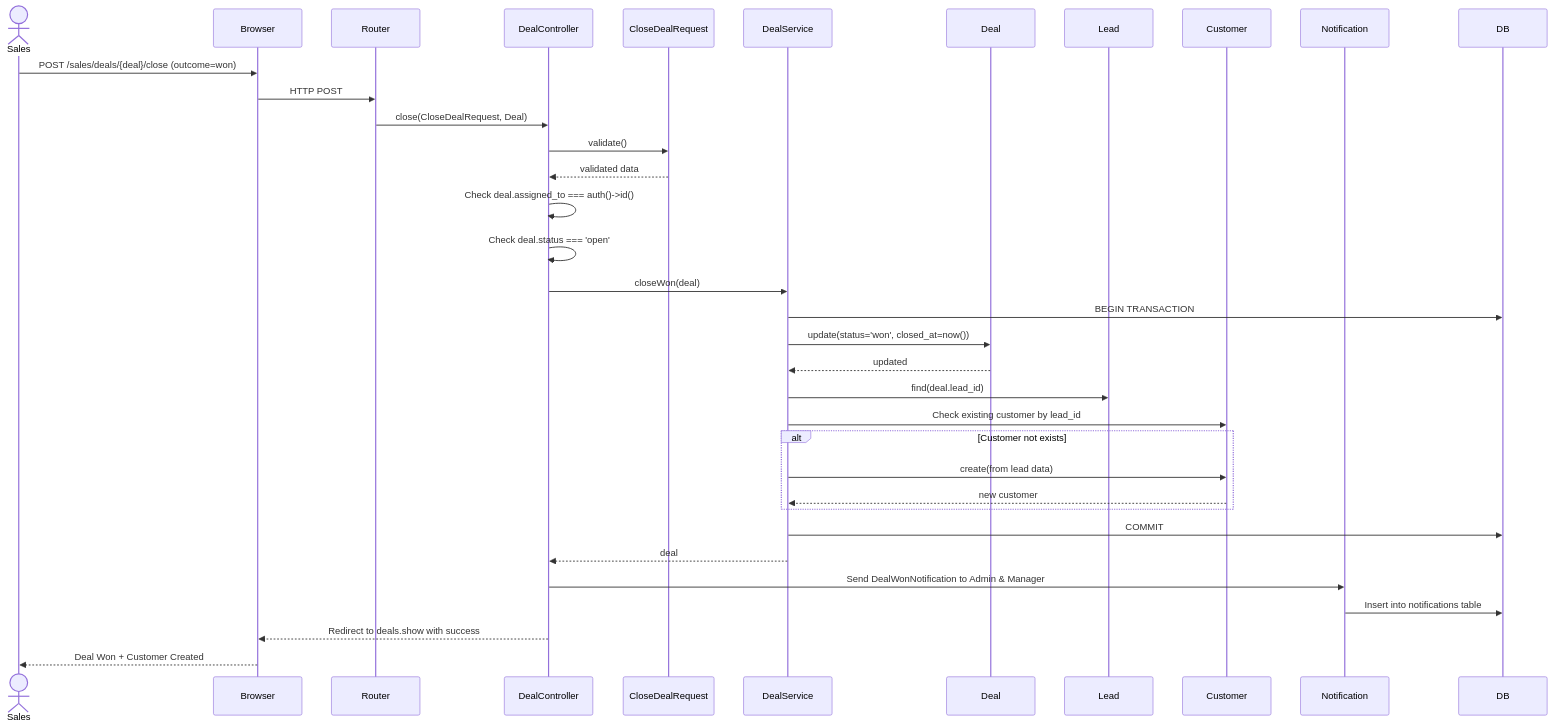
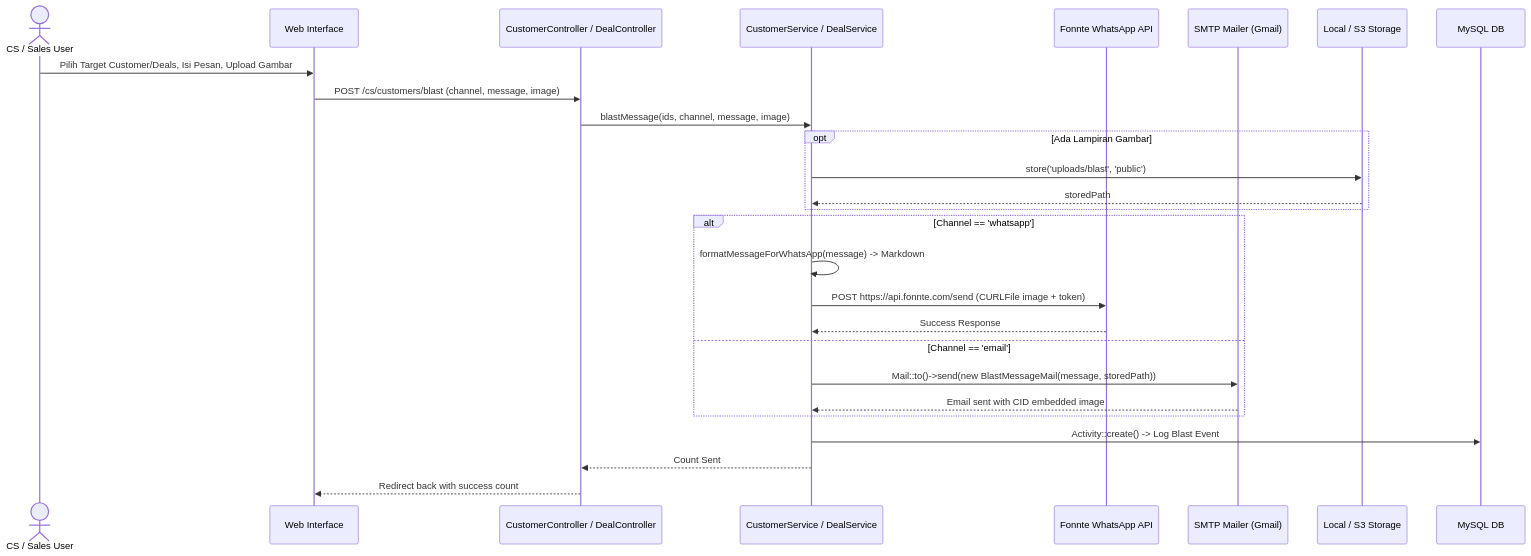
Before and after one commit to dhimms/BEAUTY_CRM: the seventh of 8 diagrams in docs/beauty_crm_analysis.md, drawn with Mermaid. The commit also changed other lines of this file and 33 other files, not shown here.

````diff
--- a/docs/beauty_crm_analysis.md
+++ b/docs/beauty_crm_analysis.md
@@ -609,45 +466,33 @@
 ```mermaid
 sequenceDiagram
-    actor Sales
-    participant Browser
-    participant Router
-    participant DealController
-    participant CloseDealRequest
-    participant DealService
-    participant Deal
-    participant Lead
-    participant Customer
-    participant Notification
-    participant DB
+    actor CS as CS / Sales User
+    participant Web as Web Interface
+    participant Ctrl as CustomerController / DealController
+    participant Svc as CustomerService / DealService
+    participant Fonnte as Fonnte WhatsApp API
+    participant Mailer as SMTP Mailer (Gmail)
+    participant MinIO as Local / S3 Storage
+    participant DB as MySQL DB
 
-    Sales->>Browser: POST /sales/deals/{deal}/close (outcome=won)
-    Browser->>Router: HTTP POST
-    Router->>DealController: close(CloseDealRequest, Deal)
-    DealController->>CloseDealRequest: validate()
-    CloseDealRequest-->>DealController: validated data
-
-    DealController->>DealController: Check deal.assigned_to === auth()->id()
-    DealController->>DealController: Check deal.status === 'open'
-
-    DealController->>DealService: closeWon(deal)
-    DealService->>DB: BEGIN TRANSACTION
-
-    DealService->>Deal: update(status='won', closed_at=now())
-    Deal-->>DealService: updated
-
-    DealService->>Lead: find(deal.lead_id)
-    DealService->>Customer: Check existing customer by lead_id
-    alt Customer not exists
-        DealService->>Customer: create(from lead data)
-        Customer-->>DealService: new customer
+    CS->>Web: Pilih Target Customer/Deals, Isi Pesan, Upload Gambar
+    Web->>Ctrl: POST /cs/customers/blast (channel, message, image)
+    Ctrl->>Svc: blastMessage(ids, channel, message, image)
+    
+    opt Ada Lampiran Gambar
+        Svc->>MinIO: store('uploads/blast', 'public')
+        MinIO-->>Svc: storedPath
     end
 
-    DealService->>DB: COMMIT
-    DealService-->>DealController: deal
+    alt Channel == 'whatsapp'
+        Svc->>Svc: formatMessageForWhatsApp(message) -> Markdown
+        Svc->>Fonnte: POST https://api.fonnte.com/send (CURLFile image + token)
+        Fonnte-->>Svc: Success Response
+    else Channel == 'email'
+        Svc->>Mailer: Mail::to()->send(new BlastMessageMail(message, storedPath))
+        Mailer-->>Svc: Email sent with CID embedded image
+    end
 
-    DealController->>Notification: Send DealWonNotification to Admin & Manager
-    Notification->>DB: Insert into notifications table
-
-    DealController-->>Browser: Redirect to deals.show with success
-    Browser-->>Sales: Deal Won + Customer Created
+    Svc->>DB: Activity::create() -> Log Blast Event
+    Svc-->>Ctrl: Count Sent
+    Ctrl-->>Web: Redirect back with success count
 ```
````
